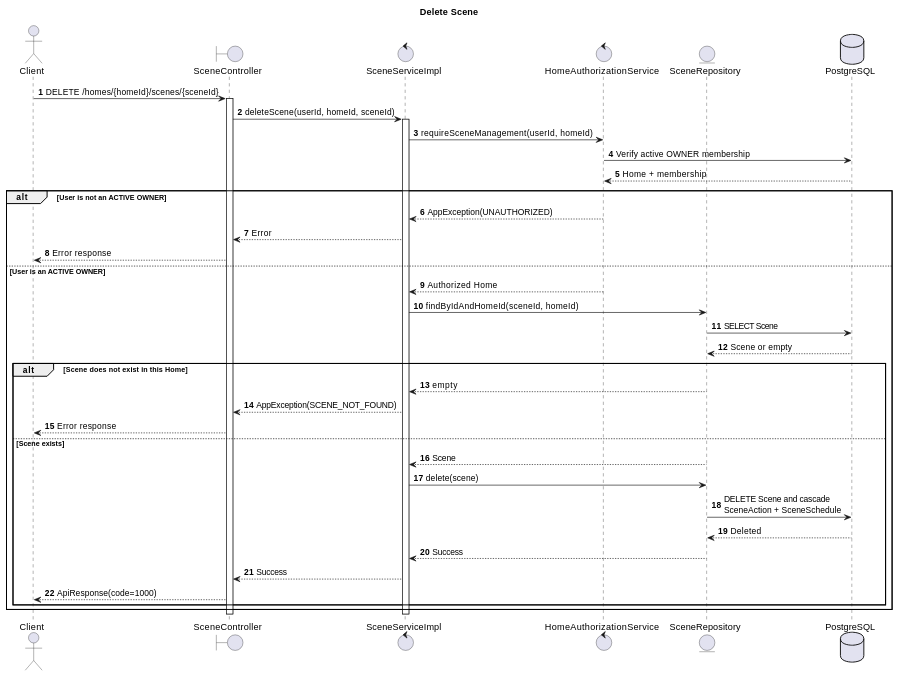
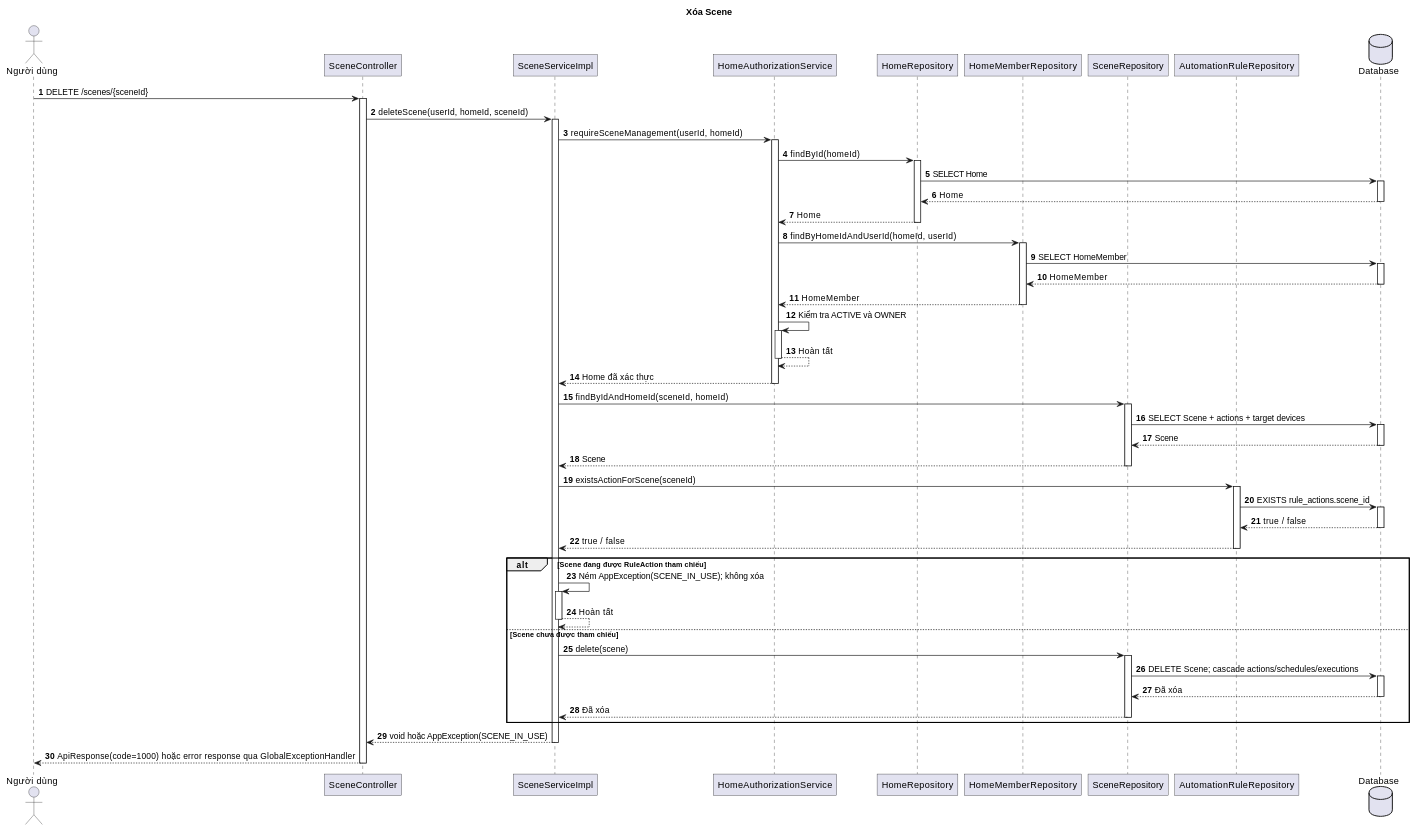
Before and after one commit to diethon/backend_hesta: the eighth of 13 diagrams in docs/SCENE_CRUD_DIAGRAMS.md, drawn with PlantUML. The commit also changed other lines of this file and 3 other files, not shown here.

````diff
--- a/docs/SCENE_CRUD_DIAGRAMS.md
+++ b/docs/SCENE_CRUD_DIAGRAMS.md
@@ -550,49 +834,83 @@
 ```plantuml
-@startuml Scene_Delete_Sequence
-title Delete Scene
+@startuml Scene_Delete
+title Xóa Scene
+skinparam backgroundColor white
+skinparam shadowing false
+skinparam roundcorner 0
+skinparam defaultFontName Arial
+
 autonumber
-
-actor Client
-boundary SceneController as Controller
-control SceneServiceImpl as Service
-control HomeAuthorizationService as Authorization
-entity SceneRepository as SceneRepo
-database PostgreSQL as DB
-
-Client -> Controller: DELETE /homes/{homeId}/scenes/{sceneId}
+actor "Người dùng" as Client
+participant "SceneController" as Controller
+participant "SceneServiceImpl" as Service
+participant "HomeAuthorizationService" as Auth
+participant "HomeRepository" as HomeRepo
+participant "HomeMemberRepository" as MemberRepo
+participant "SceneRepository" as SceneRepo
+participant "AutomationRuleRepository" as RuleRepo
+database "Database" as DB
+Client -> Controller: DELETE /scenes/{sceneId}
 activate Controller
 Controller -> Service: deleteScene(userId, homeId, sceneId)
 activate Service
-Service -> Authorization: requireSceneManagement(userId, homeId)
-Authorization -> DB: Verify active OWNER membership
-DB --> Authorization: Home + membership
-
-alt User is not an ACTIVE OWNER
-    Authorization --> Service: AppException(UNAUTHORIZED)
-    Service --> Controller: Error
-    Controller --> Client: Error response
-else User is an ACTIVE OWNER
-    Authorization --> Service: Authorized Home
-    Service -> SceneRepo: findByIdAndHomeId(sceneId, homeId)
-    SceneRepo -> DB: SELECT Scene
-    DB --> SceneRepo: Scene or empty
-
-    alt Scene does not exist in this Home
-        SceneRepo --> Service: empty
-        Service --> Controller: AppException(SCENE_NOT_FOUND)
-        Controller --> Client: Error response
-    else Scene exists
-        SceneRepo --> Service: Scene
-        Service -> SceneRepo: delete(scene)
-        SceneRepo -> DB: DELETE Scene and cascade\nSceneAction + SceneSchedule
-        DB --> SceneRepo: Deleted
-        SceneRepo --> Service: Success
-        Service --> Controller: Success
-        Controller --> Client: ApiResponse(code=1000)
-    end
+Service -> Auth: requireSceneManagement(userId, homeId)
+activate Auth
+Auth -> HomeRepo: findById(homeId)
+activate HomeRepo
+HomeRepo -> DB: SELECT Home
+activate DB
+DB --> HomeRepo: Home
+deactivate DB
+HomeRepo --> Auth: Home
+deactivate HomeRepo
+Auth -> MemberRepo: findByHomeIdAndUserId(homeId, userId)
+activate MemberRepo
+MemberRepo -> DB: SELECT HomeMember
+activate DB
+DB --> MemberRepo: HomeMember
+deactivate DB
+MemberRepo --> Auth: HomeMember
+deactivate MemberRepo
+Auth -> Auth: Kiểm tra ACTIVE và OWNER
+activate Auth
+Auth --> Auth: Hoàn tất
+deactivate Auth
+Auth --> Service: Home đã xác thực
+deactivate Auth
+Service -> SceneRepo: findByIdAndHomeId(sceneId, homeId)
+activate SceneRepo
+SceneRepo -> DB: SELECT Scene + actions + target devices
+activate DB
+DB --> SceneRepo: Scene
+deactivate DB
+SceneRepo --> Service: Scene
+deactivate SceneRepo
+Service -> RuleRepo: existsActionForScene(sceneId)
+activate RuleRepo
+RuleRepo -> DB: EXISTS rule_actions.scene_id
+activate DB
+DB --> RuleRepo: true / false
+deactivate DB
+RuleRepo --> Service: true / false
+deactivate RuleRepo
+alt Scene đang được RuleAction tham chiếu
+Service -> Service: Ném AppException(SCENE_IN_USE); không xóa
+activate Service
+Service --> Service: Hoàn tất
+deactivate Service
+else Scene chưa được tham chiếu
+Service -> SceneRepo: delete(scene)
+activate SceneRepo
+SceneRepo -> DB: DELETE Scene; cascade actions/schedules/executions
+activate DB
+DB --> SceneRepo: Đã xóa
+deactivate DB
+SceneRepo --> Service: Đã xóa
+deactivate SceneRepo
 end
-
+Service --> Controller: void hoặc AppException(SCENE_IN_USE)
 deactivate Service
+Controller --> Client: ApiResponse(code=1000) hoặc error response qua GlobalExceptionHandler
 deactivate Controller
 @enduml
 ```
````
